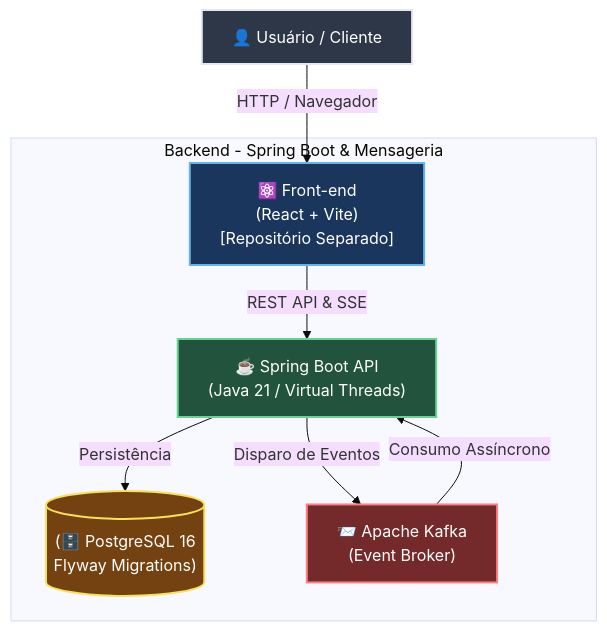
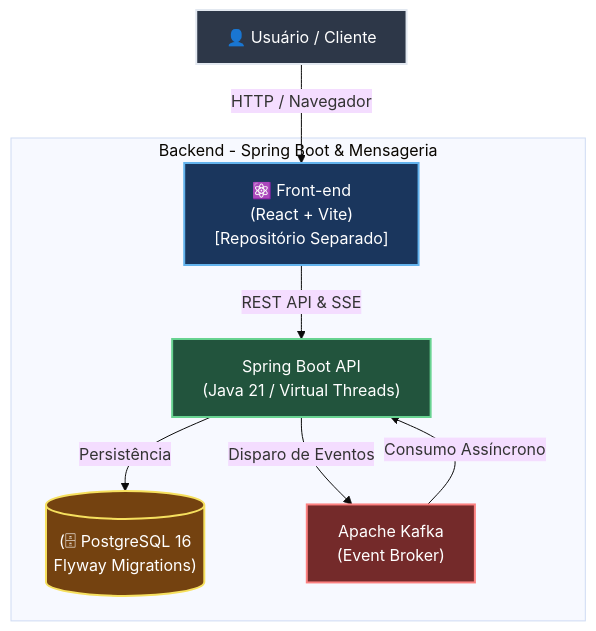
One commit to LeonardoEnnes/fitstream-api changed the diagram in README.md. Above: the diagram before and after it, drawn with Mermaid (base theme). The commit also changed 3 other files, not shown here.

````diff
--- a/README.md
+++ b/README.md
@@ -47,18 +47,18 @@
 ```mermaid
 graph TD
     User["👤 Usuário / Cliente"] -->|HTTP / Navegador| FE["⚛️ Front-end\n(React + Vite)\n[Repositório Separado]"]
 
     subgraph "Backend - Spring Boot & Mensageria"
-        FE -->|REST API & SSE| BE["☕ Spring Boot API\n(Java 21 / Virtual Threads)"]
-        BE -->|Persistência| DB[("(🗄️ PostgreSQL 16\nFlyway Migrations)")]
-        BE -->|Disparo de Eventos| KF["📨 Apache Kafka\n(Event Broker)"]
+        FE -->|REST API & SSE| BE[" Spring Boot API\n(Java 21 / Virtual Threads)"]
+        BE -->|Persistência| DB[("(🗄 PostgreSQL 16\nFlyway Migrations)")]
+        BE -->|Disparo de Eventos| KF[" Apache Kafka\n(Event Broker)"]
         KF -->|Consumo Assíncrono| BE
     end
 
     style User fill:#2D3748,stroke:#E2E8F0,stroke-width:2px,color:#FFFFFF
     style FE fill:#1A365D,stroke:#63B3ED,stroke-width:2px,color:#FFFFFF
     style BE fill:#22543D,stroke:#68D391,stroke-width:2px,color:#FFFFFF
     style DB fill:#744210,stroke:#F6E05E,stroke-width:2px,color:#FFFFFF
     style KF fill:#742A2A,stroke:#FC8181,stroke-width:2px,color:#FFFFFF
 
 ```
````
